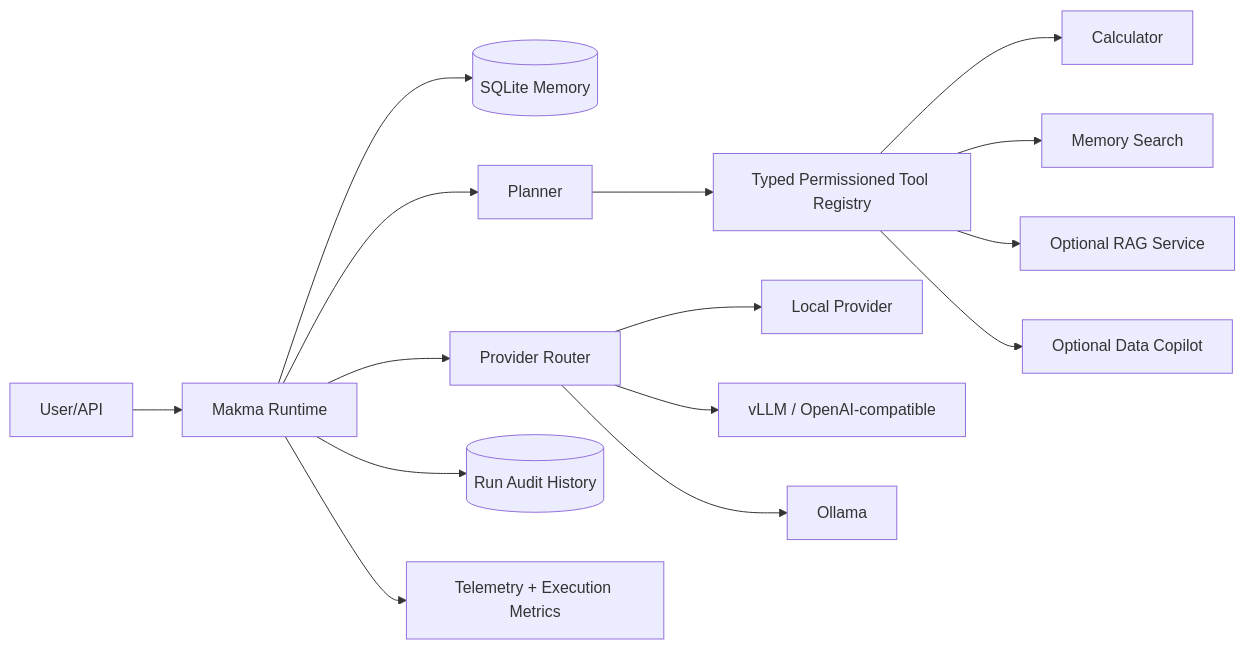
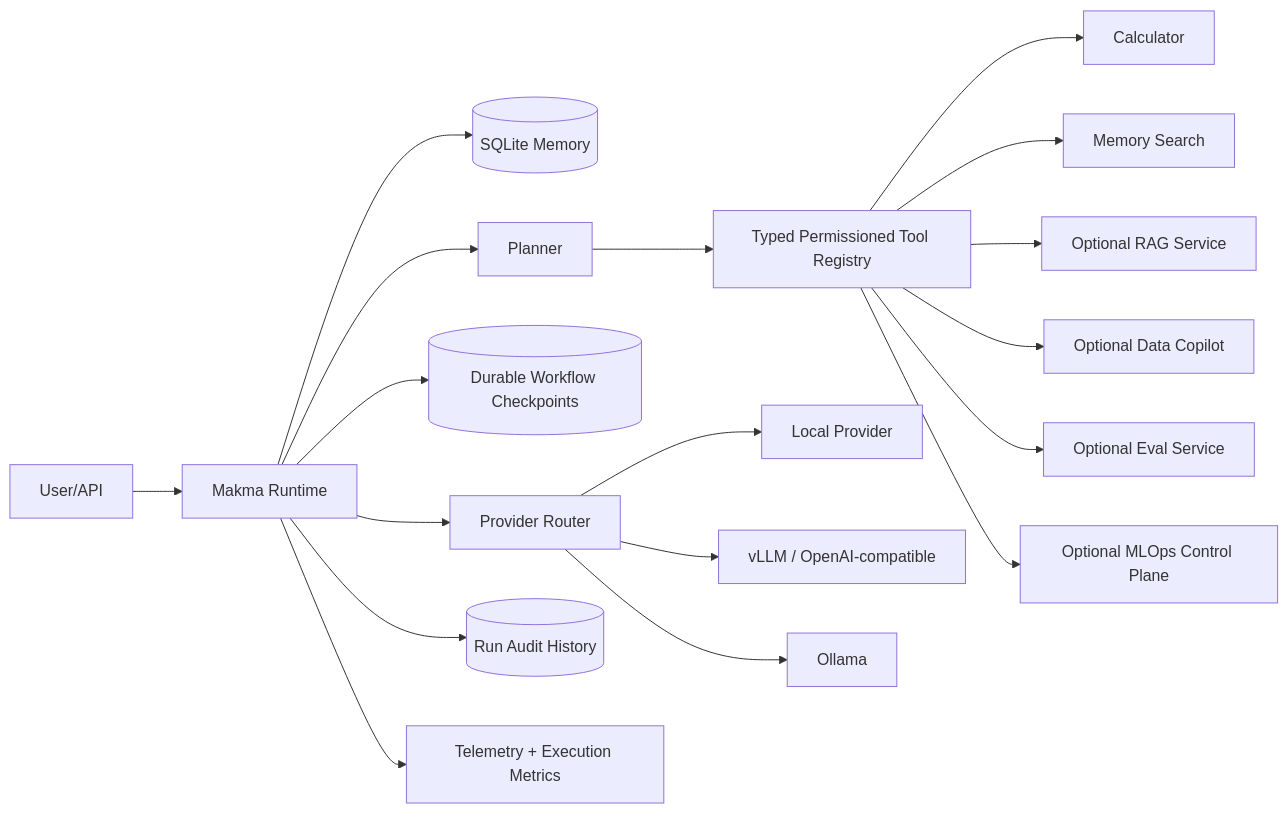
Before and after one commit to maharshimak/makma-ai-os: the diagram in README.md, drawn with Mermaid. The commit also changed other lines of this file and 14 other files, not shown here.

First line of the commit message:
feat: durable agent workflows and approval checkpoints (#6)

````diff
--- a/README.md
+++ b/README.md
@@ -52,17 +55,20 @@
 ```mermaid
 flowchart LR
     U[User/API] --> O[Makma Runtime]
     O --> M[(SQLite Memory)]
     O --> P[Planner]
     P --> T[Typed Permissioned Tool Registry]
     T --> C[Calculator]
     T --> S[Memory Search]
     T --> RG[Optional RAG Service]
     T --> DC[Optional Data Copilot]
+    T --> EV[Optional Eval Service]
+    T --> CP[Optional MLOps Control Plane]
+    O --> WF[(Durable Workflow Checkpoints)]
     O --> R[Provider Router]
     R --> L[Local Provider]
     R --> V[vLLM / OpenAI-compatible]
     R --> OL[Ollama]
     O --> A[(Run Audit History)]
     O --> X[Telemetry + Execution Metrics]
 ```
````
